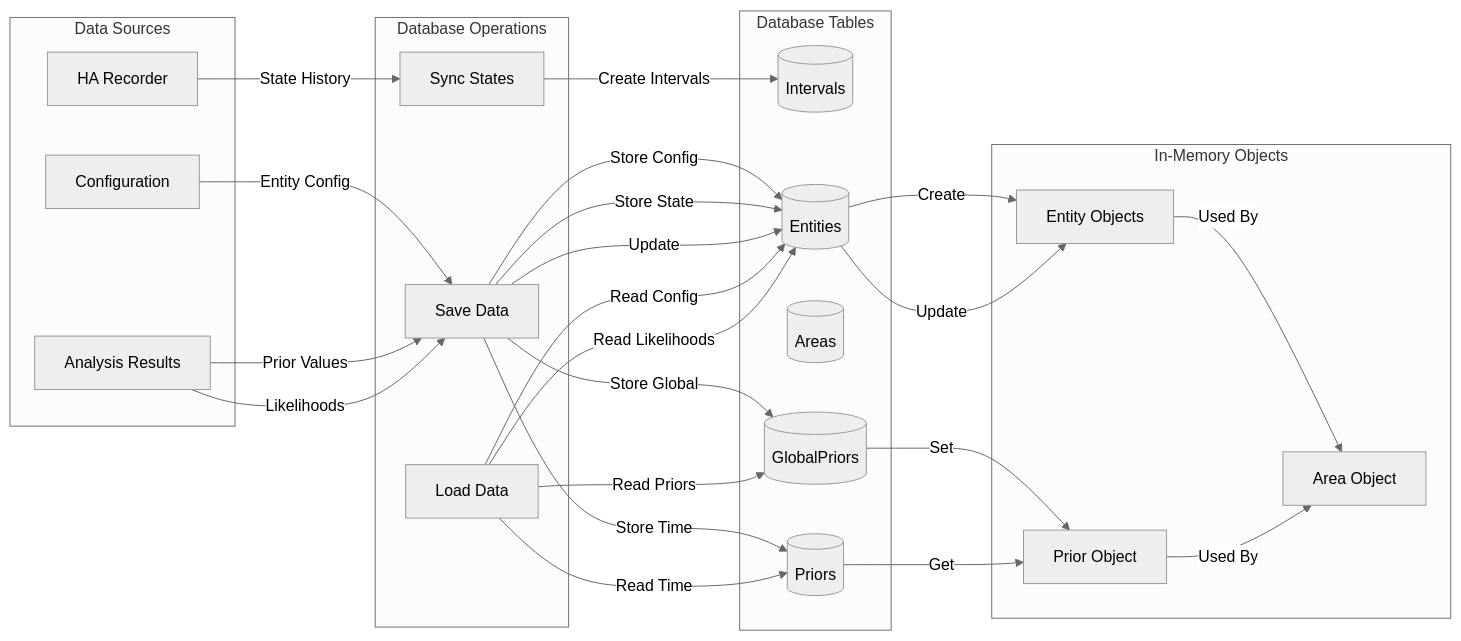
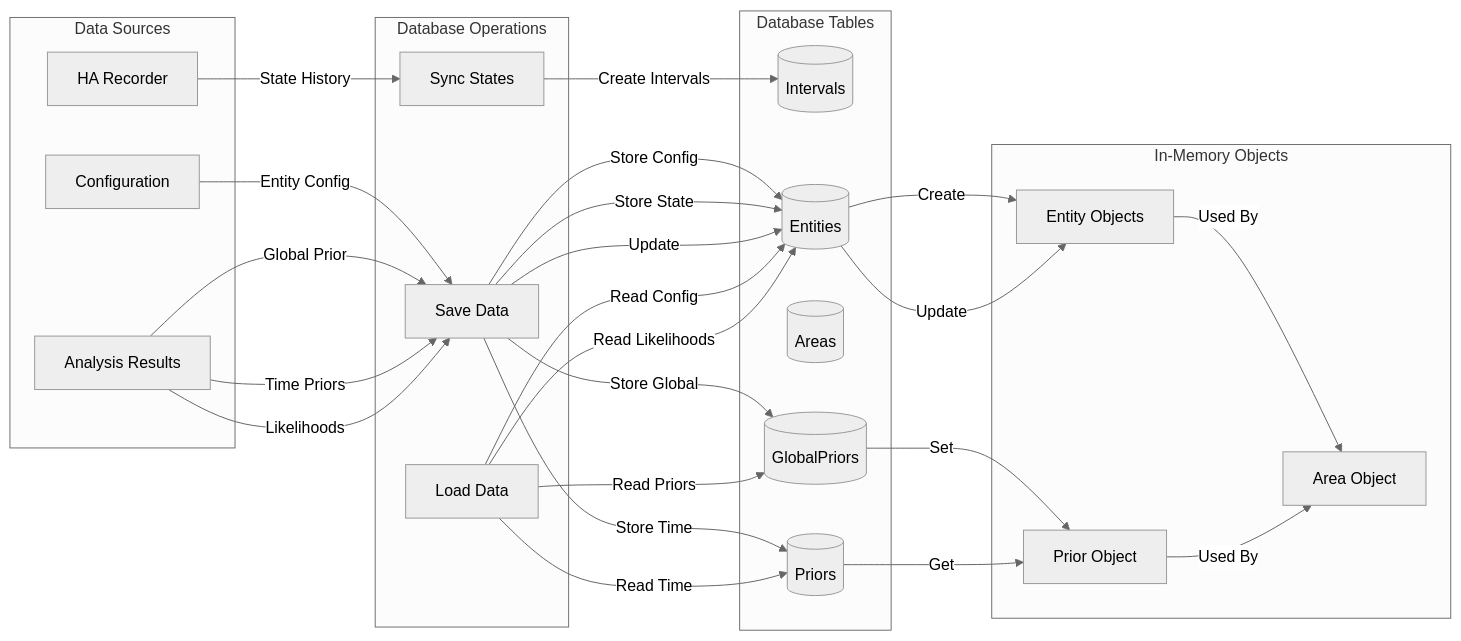
The sixth of 7 diagrams in docs/docs/technical/data-flow.md (Hankanman/Area-Occupancy-Detection), drawn with Mermaid (neutral theme) before and after one commit. The commit also changed other lines of this file and 4 other files, not shown here.

First line of the commit message:
Implement global prior saving and enhance documentation

````diff
--- a/docs/docs/technical/data-flow.md
+++ b/docs/docs/technical/data-flow.md
@@ -254,54 +251,55 @@
 ```mermaid
 flowchart LR
     subgraph "Data Sources"
         Recorder[HA Recorder]
         Config[Configuration]
         Analysis[Analysis Results]
     end
 
     subgraph "Database Operations"
         Sync[Sync States]
         Save[Save Data]
         Load[Load Data]
     end
 
     subgraph "Database Tables"
         Intervals[(Intervals)]
         Entities[(Entities)]
         Areas[(Areas)]
         Priors[(Priors)]
         GlobalPriors[(GlobalPriors)]
     end
 
     subgraph "In-Memory Objects"
         EntityObjs[Entity Objects]
         PriorObj[Prior Object]
         AreaObj[Area Object]
     end
 
     Recorder -->|State History| Sync
     Sync -->|Create Intervals| Intervals
 
     Config -->|Entity Config| Save
     Save -->|Store Config| Entities
     Save -->|Store State| Entities
 
-    Analysis -->|Prior Values| Save
+    Analysis -->|Global Prior| Save
+    Analysis -->|Time Priors| Save
     Save -->|Store Global| GlobalPriors
     Save -->|Store Time| Priors
     Analysis -->|Likelihoods| Save
     Save -->|Update| Entities
 
     Load -->|Read Config| Entities
     Load -->|Read Priors| GlobalPriors
     Load -->|Read Time| Priors
     Load -->|Read Likelihoods| Entities
 
     Entities -->|Create| EntityObjs
     GlobalPriors -->|Set| PriorObj
     Priors -->|Get| PriorObj
     Entities -->|Update| EntityObjs
 
     EntityObjs -->|Used By| AreaObj
     PriorObj -->|Used By| AreaObj
 ```
````
